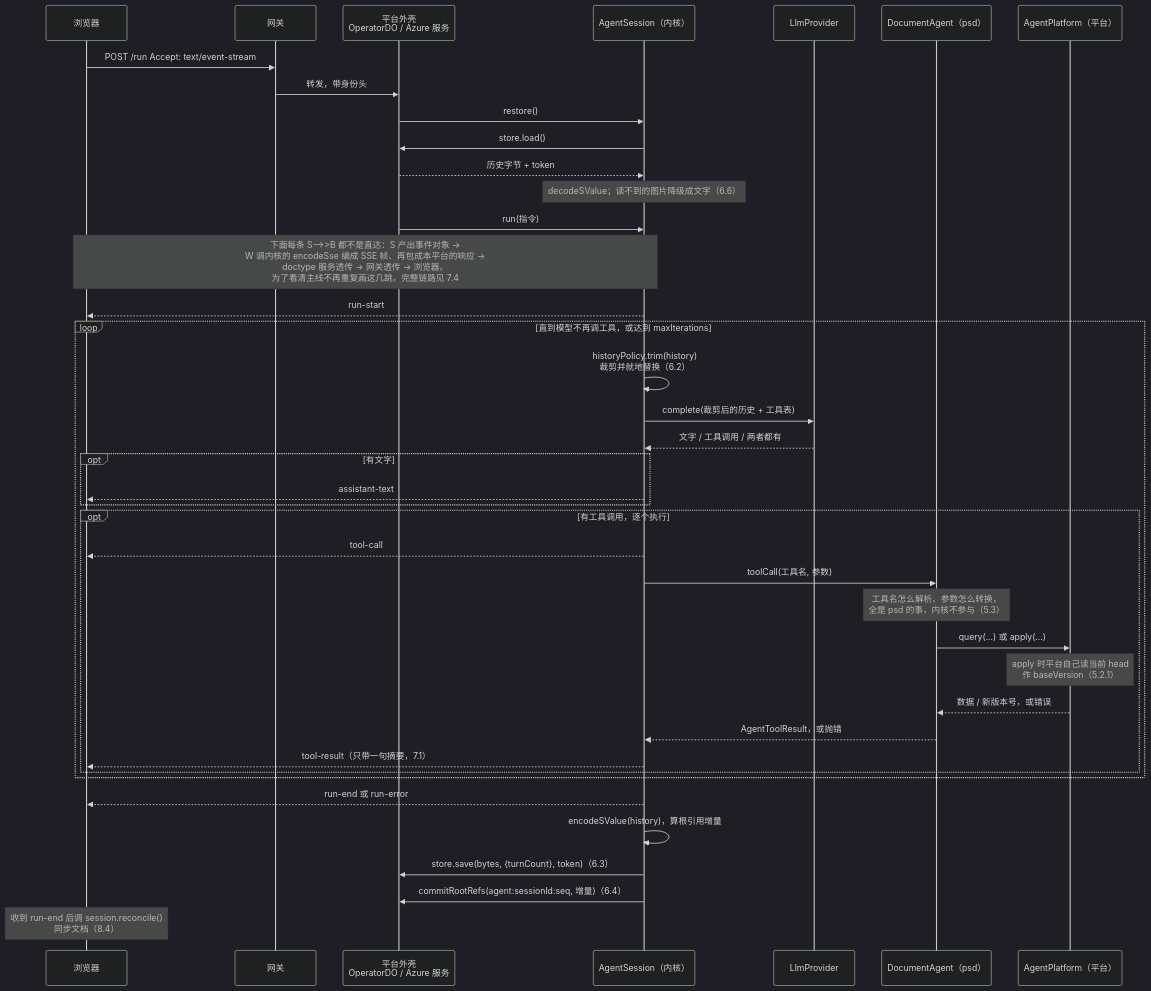
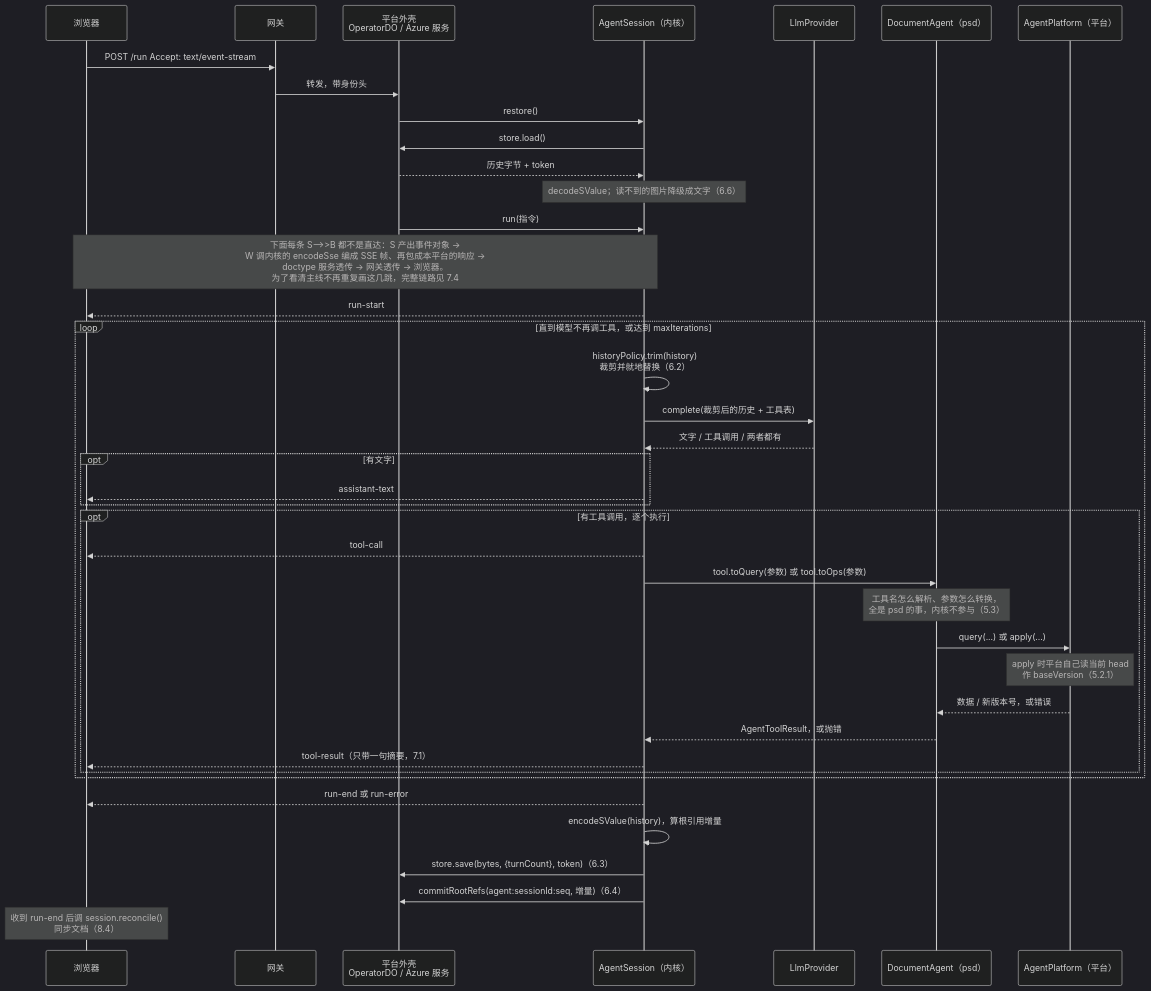
Before and after one commit to shazhou-ww/unidocs: diagram 12 of 16 in docs/superpowers/specs/2026-08-26-agent-sdk-design.md, drawn with Mermaid (dark theme). The commit also changed other lines of this file, not shown here.

````diff
--- a/docs/superpowers/specs/2026-08-26-agent-sdk-design.md
+++ b/docs/superpowers/specs/2026-08-26-agent-sdk-design.md
@@ -1082,51 +1184,51 @@
 ```mermaid
 sequenceDiagram
     participant B as 浏览器
     participant G as 网关
     participant W as 平台外壳<br/>OperatorDO / Azure 服务
     participant S as AgentSession（内核）
     participant L as LlmProvider
     participant A as DocumentAgent（psd）
     participant C as AgentPlatform（平台）
 
     B->>G: POST /run  Accept: text/event-stream
     G->>W: 转发，带身份头
 
     W->>S: restore()
     S->>W: store.load()
     W-->>S: 历史字节 + token
     Note over S: decodeSValue；读不到的图片降级成文字（6.6）
 
     W->>S: run(指令)
 
     Note over S,B: 下面每条 S-->>B 都不是直达：S 产出事件对象 →<br/>W 调内核的 encodeSse 编成 SSE 帧、再包成本平台的响应 →<br/>doctype 服务透传 → 网关透传 → 浏览器。<br/>为了看清主线不再重复画这几跳，完整链路见 7.4
     S-->>B: run-start
 
     loop 直到模型不再调工具，或达到 maxIterations
         S->>S: historyPolicy.trim(history)<br/>裁剪并就地替换（6.2）
         S->>L: complete(裁剪后的历史 + 工具表)
         L-->>S: 文字 / 工具调用 / 两者都有
 
         opt 有文字
             S-->>B: assistant-text
         end
 
         opt 有工具调用，逐个执行
             S-->>B: tool-call
-            S->>A: toolCall(工具名, 参数)
+            S->>A: tool.toQuery(参数) 或 tool.toOps(参数)
             Note over A: 工具名怎么解析、参数怎么转换，<br/>全是 psd 的事，内核不参与（5.3）
             A->>C: query(...) 或 apply(...)
             Note over C: apply 时平台自己读当前 head<br/>作 baseVersion（5.2.1）
             C-->>A: 数据 / 新版本号，或错误
             A-->>S: AgentToolResult，或抛错
             S-->>B: tool-result（只带一句摘要，7.1）
         end
     end
 
     S-->>B: run-end 或 run-error
 
     S->>S: encodeSValue(history)，算根引用增量
     S->>W: store.save(bytes, {turnCount}, token)（6.3）
     S->>W: commitRootRefs(agent:sessionId:seq, 增量)（6.4）
     Note over B: 收到 run-end 后调 session.reconcile()<br/>同步文档（8.4）
 ```
````
